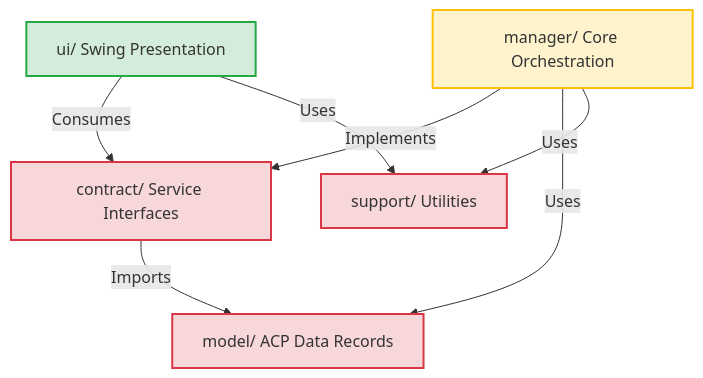
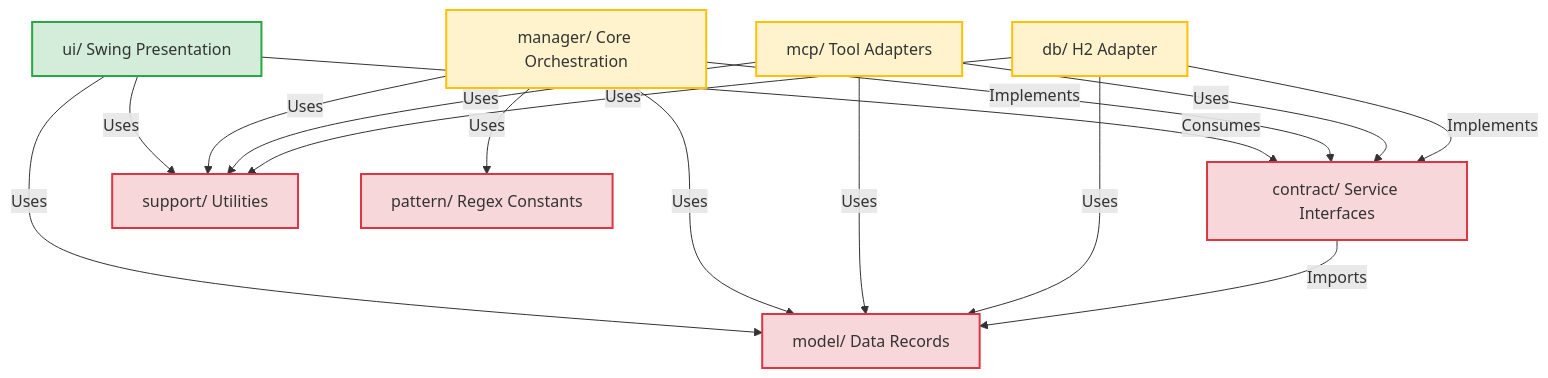
One commit to anandb/nb-complete changed the diagram in DESIGN.md. Above: the diagram before and after it, drawn with Mermaid. The commit also changed other lines of this file and 29 other files, not shown here.

````diff
--- a/DESIGN.md
+++ b/DESIGN.md
@@ -13,19 +26,29 @@
 ```mermaid
 graph TD
     UI[ui/ Swing Presentation] -->|Consumes| Contract[contract/ Service Interfaces]
     UI -->|Uses| Support[support/ Utilities]
+    UI -->|Uses| Model[model/ Data Records]
 
     Manager[manager/ Core Orchestration] -->|Implements| Contract
-    Manager -->|Uses| Model[model/ ACP Data Records]
+    Manager -->|Uses| Model
     Manager -->|Uses| Support
+    Manager -->|Uses| Pattern[pattern/ Regex Constants]
+
+    Mcp[mcp/ Tool Adapters] -->|Uses| Contract
+    Mcp -->|Uses| Model
+    Mcp -->|Uses| Support
+
+    Db[db/ H2 Adapter] -->|Implements| Contract
+    Db -->|Uses| Model
+    Db -->|Uses| Support
 
     Contract -->|Imports| Model
 
     classDef high fill:#d4edda,stroke:#28a745,stroke-width:2px;
     classDef mid fill:#fff3cd,stroke:#ffc107,stroke-width:2px;
     classDef low fill:#f8d7da,stroke:#dc3545,stroke-width:2px;
 
     class UI high;
-    class Manager mid;
-    class Contract,Model,Support low;
+    class Manager,Mcp,Db mid;
+    class Contract,Model,Support,Pattern low;
 ```
````
